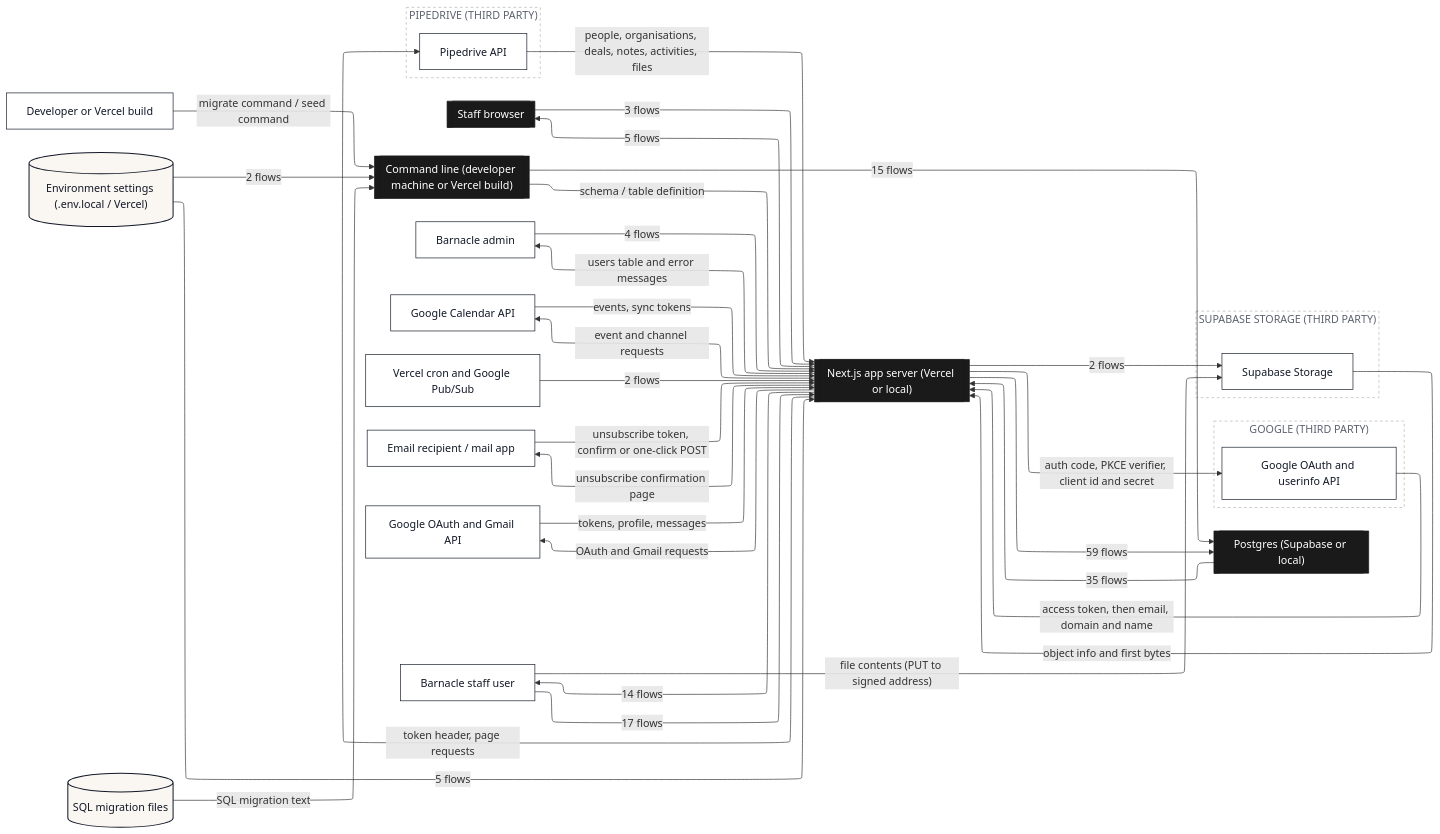
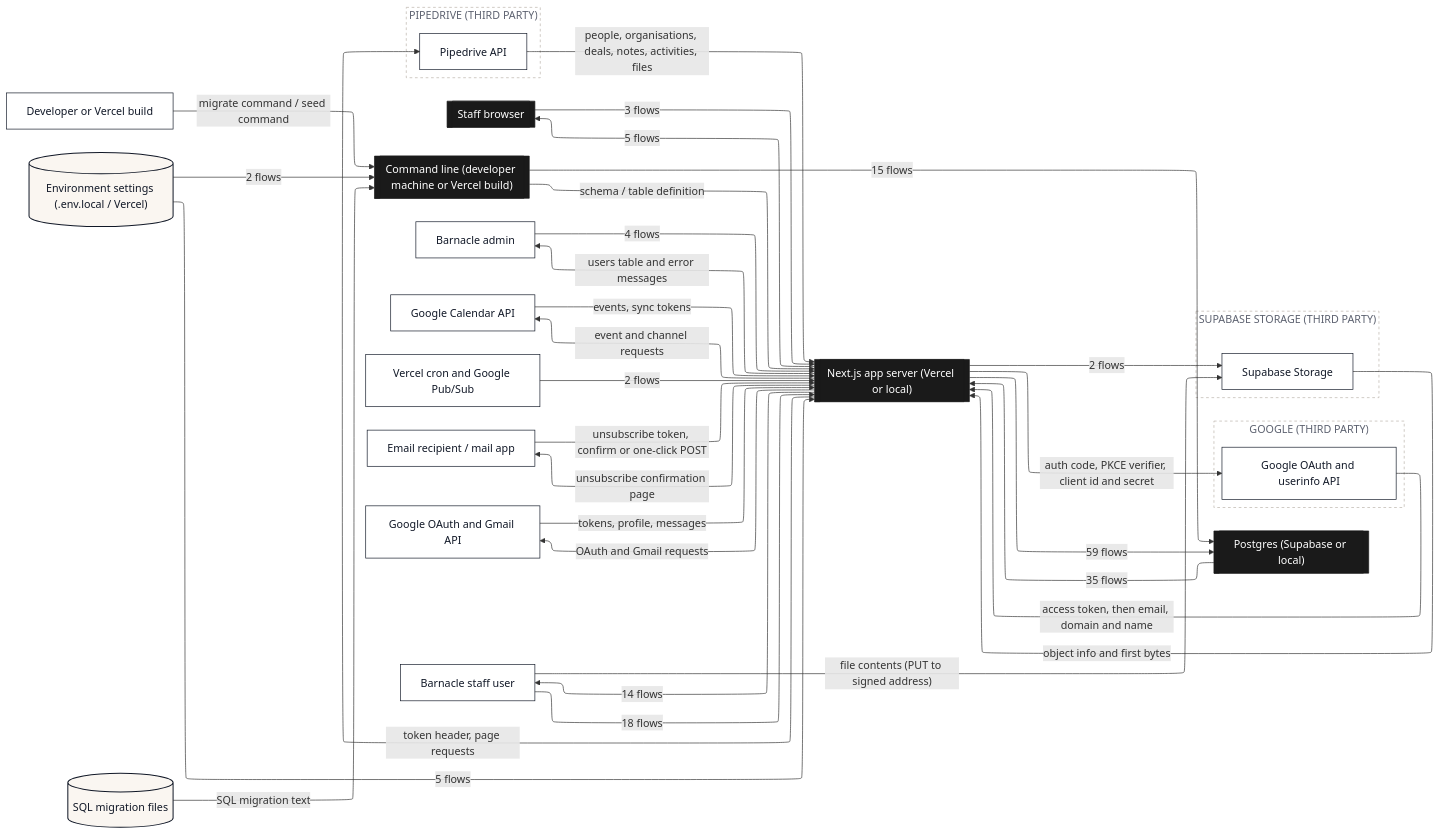
The second of 16 diagrams in dataflow/DATAFLOW.md (Romain-Perche/Barnacle-Pipe), drawn with Mermaid before and after one commit. The commit also changed other lines of this file and 7 other files, not shown here.

````diff
--- a/dataflow/DATAFLOW.md
+++ b/dataflow/DATAFLOW.md
@@ -160,69 +160,69 @@
 ```mermaid
 ---
 config:
   layout: elk
 ---
 flowchart LR
     n1[["Next.js app server (Vercel or local)"]]
     n2[["Staff browser"]]
     n3[["Command line (developer machine or Vercel build)"]]
     n4[["Postgres (Supabase or local)"]]
     n5["Barnacle admin"]
     n6["Google Calendar API"]
     n7["Vercel cron and Google Pub/Sub"]
     n8["Developer or Vercel build"]
     n9["Email recipient / mail app"]
     n10[("Environment settings (.env.local / Vercel)")]
     n11["Google OAuth and Gmail API"]
     n12[("SQL migration files")]
     n13["Barnacle staff user"]
     subgraph z1["GOOGLE (THIRD PARTY)"]
         n14["Google OAuth and userinfo API"]
     end
     subgraph z2["PIPEDRIVE (THIRD PARTY)"]
         n15["Pipedrive API"]
     end
     subgraph z3["SUPABASE STORAGE (THIRD PARTY)"]
         n16["Supabase Storage"]
     end
     n1 -->|"59 flows"| n4
     n1 -->|"14 flows"| n13
     n4 -->|"35 flows"| n1
     n5 -->|"4 flows"| n1
     n2 -->|"3 flows"| n1
     n6 -->|"events, sync tokens"| n1
     n1 -->|"event and channel requests"| n6
     n7 -->|"2 flows"| n1
     n8 -->|"migrate command / seed command"| n3
     n9 -->|"unsubscribe token, confirm or one-click POST"| n1
     n10 -->|"5 flows"| n1
     n10 -->|"2 flows"| n3
     n1 -->|"5 flows"| n2
     n1 -->|"2 flows"| n16
     n11 -->|"tokens, profile, messages"| n1
     n1 -->|"OAuth and Gmail requests"| n11
     n1 -->|"auth code, PKCE verifier, client id and secret"| n14
     n14 -->|"access token, then email, domain and name"| n1
     n3 -->|"15 flows"| n4
     n3 -->|"schema / table definition"| n1
     n12 -->|"SQL migration text"| n3
     n15 -->|"people, organisations, deals, notes, activities, files"| n1
     n1 -->|"token header, page requests"| n15
-    n13 -->|"17 flows"| n1
+    n13 -->|"18 flows"| n1
     n13 -->|"file contents (PUT to signed address)"| n16
     n16 -->|"object info and first bytes"| n1
     n1 -->|"unsubscribe confirmation page"| n9
     n1 -->|"users table and error messages"| n5
     classDef actor fill:#FFFFFF,stroke:#111827,stroke-width:1px,color:#111827
     classDef process fill:#EDEAFF,stroke:#2B00FF,stroke-width:1.5px,color:#111827
     classDef store fill:#FAF6F1,stroke:#111827,stroke-width:1.5px,color:#111827
     classDef zone fill:#1A1A1A,stroke:#1A1A1A,color:#FFFFFF
     classDef group fill:#2B00FF,stroke:#2B00FF,color:#FFFFFF
     classDef stub fill:#FFFFFF,stroke:#2B00FF,stroke-width:1.5px,stroke-dasharray:5 4,color:#2B00FF
     class n5,n6,n7,n8,n9,n11,n13,n14,n15,n16 actor
     class n10,n12 store
     class n1,n2,n3,n4 zone
     style z1 fill:#FFFFFF,stroke:#B9B2A8,stroke-dasharray:4 4,color:#5D6270
     style z2 fill:#FFFFFF,stroke:#B9B2A8,stroke-dasharray:4 4,color:#5D6270
     style z3 fill:#FFFFFF,stroke:#B9B2A8,stroke-dasharray:4 4,color:#5D6270
 ```
````
